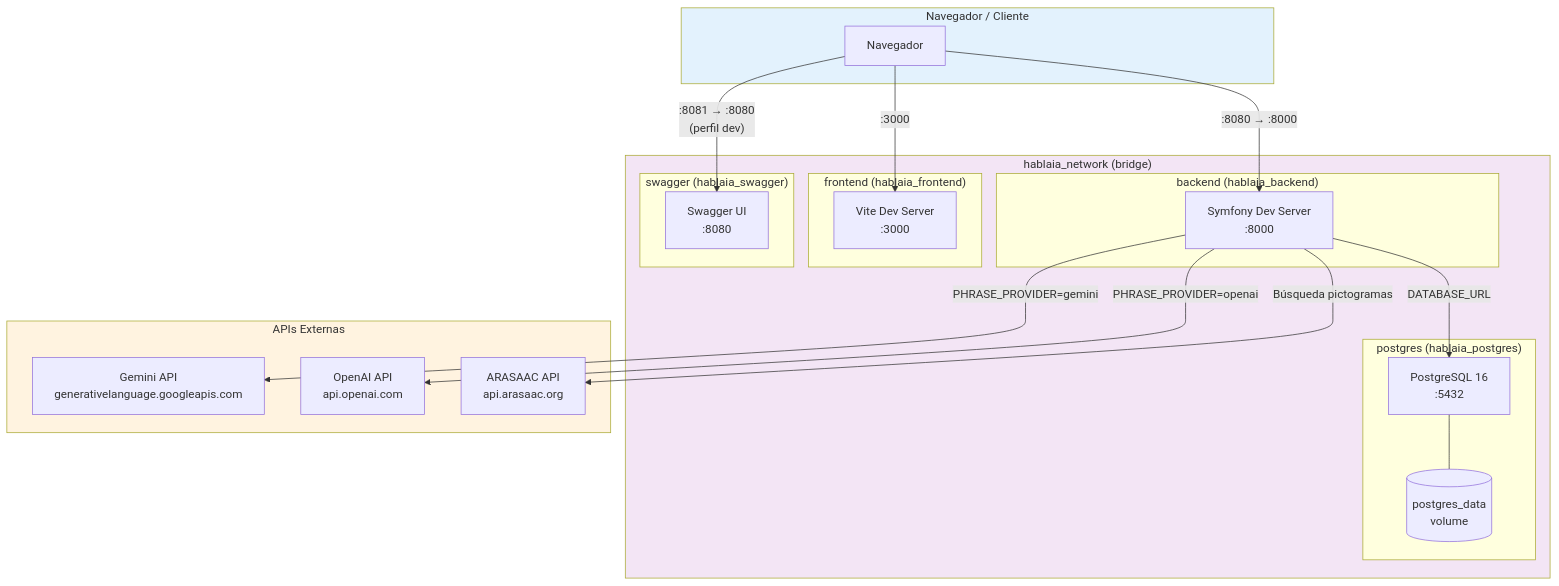
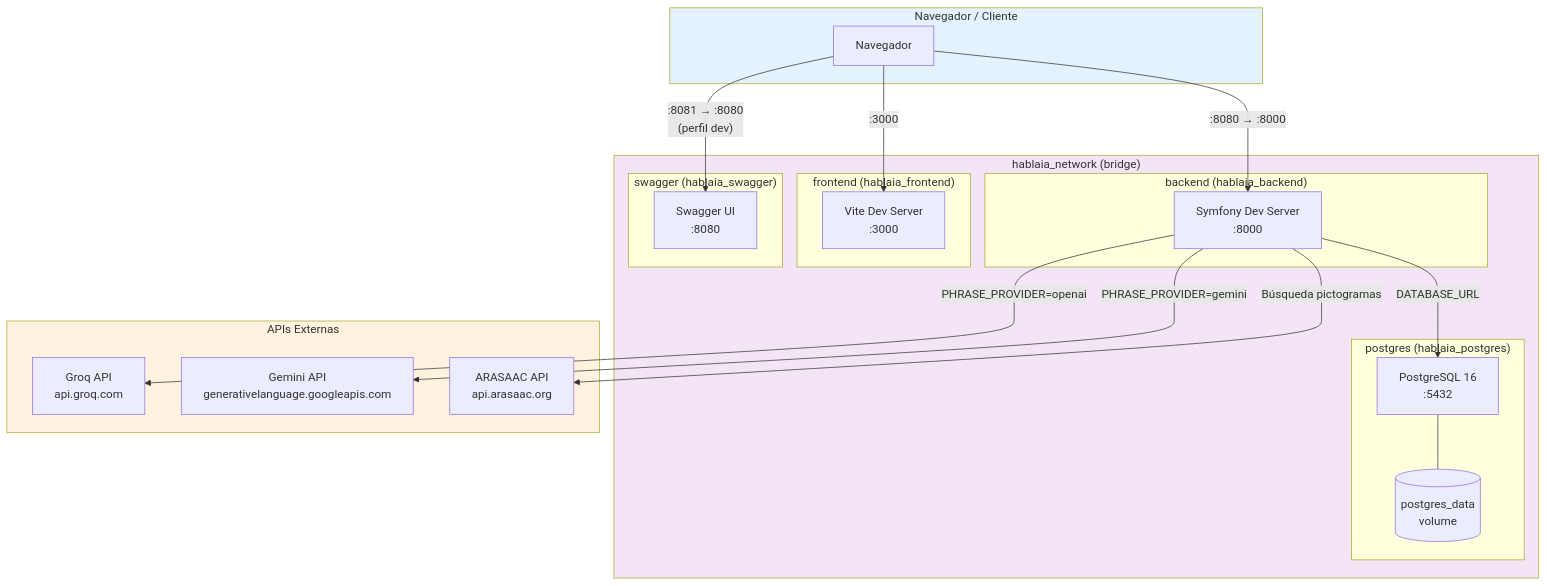
The first of 6 diagrams in docs/diagrams/docker-infrastructure.md (luismiglezmohino/HablaIA), drawn with Mermaid before and after one commit. The commit also changed 10 other files, not shown here.

````diff
--- a/docs/diagrams/docker-infrastructure.md
+++ b/docs/diagrams/docker-infrastructure.md
@@ -7,46 +7,46 @@
 ```mermaid
 graph TB
     subgraph Internet["Navegador / Cliente"]
         Browser["Navegador"]
     end
 
     subgraph DockerNetwork["hablaia_network (bridge)"]
         subgraph BackendContainer["backend (hablaia_backend)"]
             Symfony["Symfony Dev Server<br/>:8000"]
         end
 
         subgraph FrontendContainer["frontend (hablaia_frontend)"]
             Vite["Vite Dev Server<br/>:3000"]
         end
 
         subgraph PostgresContainer["postgres (hablaia_postgres)"]
             PG["PostgreSQL 16<br/>:5432"]
             PGData[("postgres_data<br/>volume")]
         end
 
         subgraph SwaggerContainer["swagger (hablaia_swagger)"]
             SwaggerUI["Swagger UI<br/>:8080"]
         end
     end
 
     subgraph ExternalAPIs["APIs Externas"]
+        Groq["Groq API<br/>api.groq.com"]
         Gemini["Gemini API<br/>generativelanguage.googleapis.com"]
-        OpenAI["OpenAI API<br/>api.openai.com"]
         ARASAAC["ARASAAC API<br/>api.arasaac.org"]
     end
 
     Browser -->|":8080 → :8000"| Symfony
     Browser -->|":3000"| Vite
     Browser -->|":8081 → :8080<br/>(perfil dev)"| SwaggerUI
 
     Symfony -->|"DATABASE_URL"| PG
     PG --- PGData
 
+    Symfony -->|"PHRASE_PROVIDER=openai"| Groq
     Symfony -->|"PHRASE_PROVIDER=gemini"| Gemini
-    Symfony -->|"PHRASE_PROVIDER=openai"| OpenAI
     Symfony -->|"Búsqueda pictogramas"| ARASAAC
 
     style Internet fill:#e3f2fd
     style DockerNetwork fill:#f3e5f5
     style ExternalAPIs fill:#fff3e0
 ```
````
